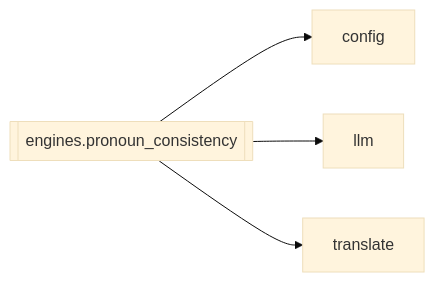
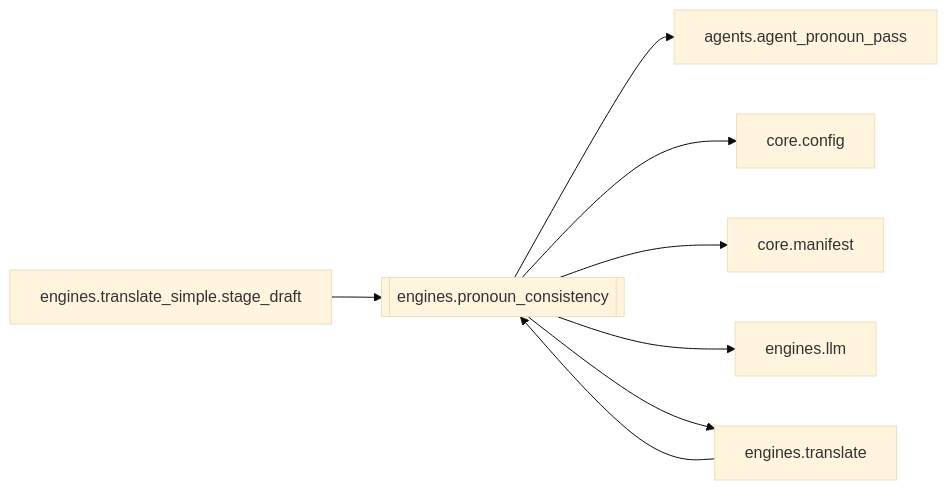
One commit to kjza178/PinelineV5 changed the diagram in docs/brain/modules/engines.pronoun_consistency.md. Above: the diagram before and after it, drawn with Mermaid (base theme). The commit also changed other lines of this file and 227 other files, not shown here.

````diff
--- a/docs/brain/modules/engines.pronoun_consistency.md
+++ b/docs/brain/modules/engines.pronoun_consistency.md
@@ -17,7 +16,11 @@
 ```mermaid
 flowchart LR
   engines_pronoun_consistency[[engines.pronoun_consistency]]
-  engines_pronoun_consistency --> config[config]
-  engines_pronoun_consistency --> llm[llm]
-  engines_pronoun_consistency --> translate[translate]
+  engines_translate[engines.translate] --> engines_pronoun_consistency
+  engines_translate_simple_stage_draft[engines.translate_simple.stage_draft] --> engines_pronoun_consistency
+  engines_pronoun_consistency --> agents_agent_pronoun_pass[agents.agent_pronoun_pass]
+  engines_pronoun_consistency --> core_config[core.config]
+  engines_pronoun_consistency --> core_manifest[core.manifest]
+  engines_pronoun_consistency --> engines_llm[engines.llm]
+  engines_pronoun_consistency --> engines_translate[engines.translate]
 ```
````
